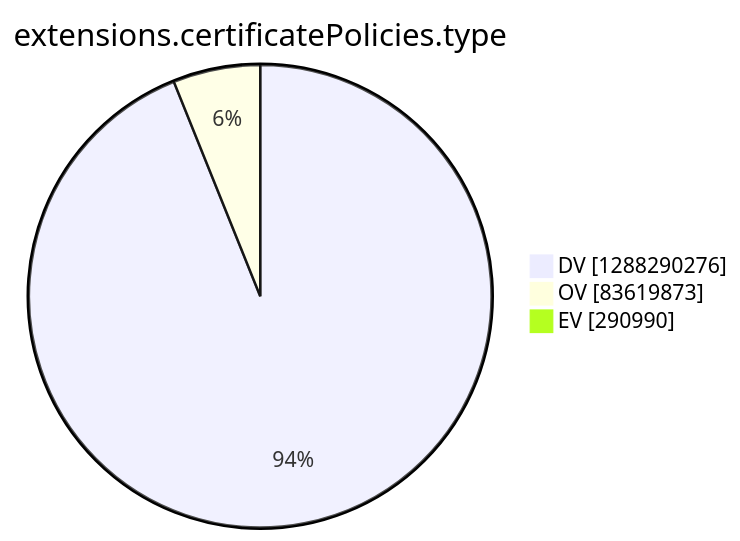
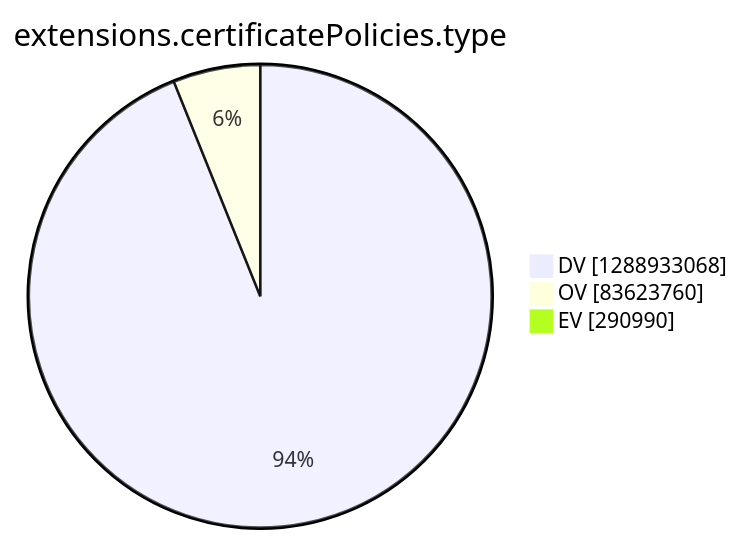
The tenth of 15 diagrams in argon2022/README.md (christiankrug/ctmonitor_visualization), drawn with Mermaid before and after one commit. The commit also changed other lines of this file, not shown here.

````diff
--- a/argon2022/README.md
+++ b/argon2022/README.md
@@ -2771,7 +2771,7 @@
 ```mermaid
 pie showData
 title extensions.certificatePolicies.type
-"DV" :1288290276
-"OV" :83619873
+"DV" :1288933068
+"OV" :83623760
 "EV" :290990
 ```
````
